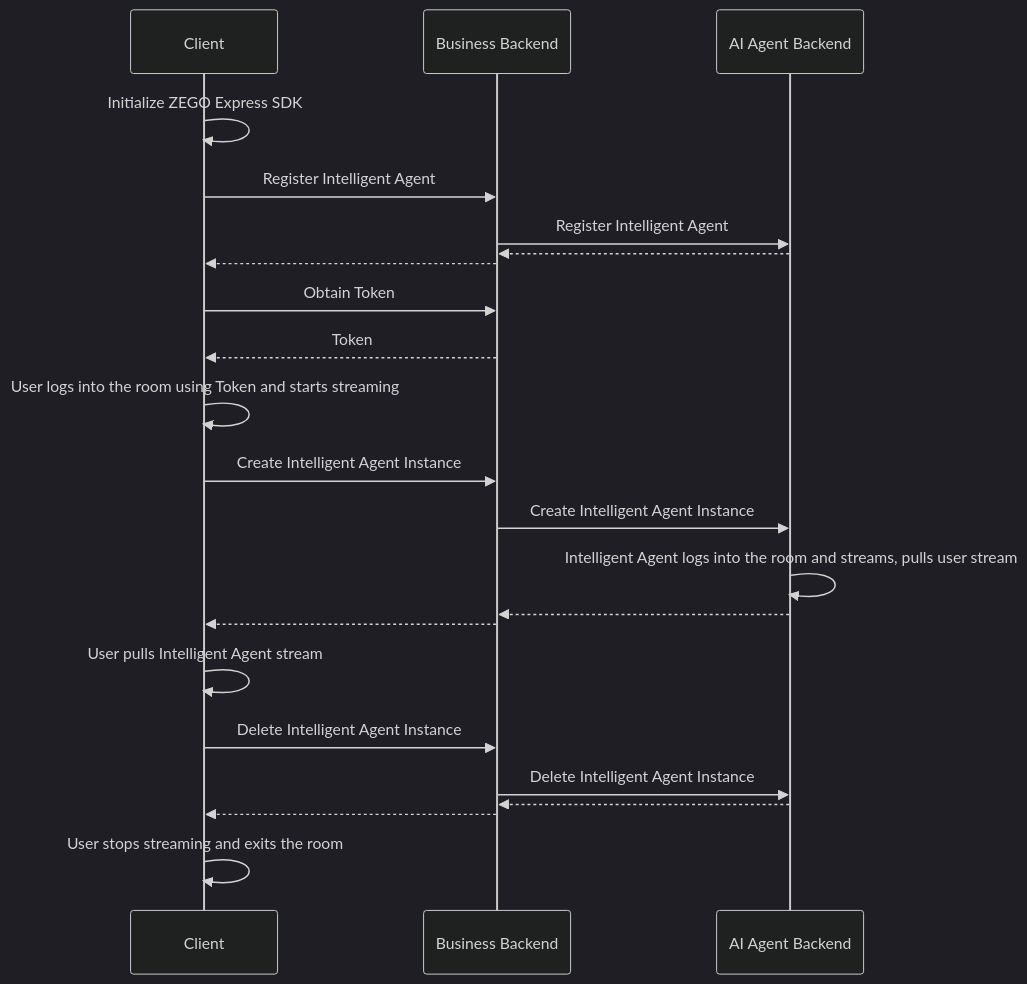
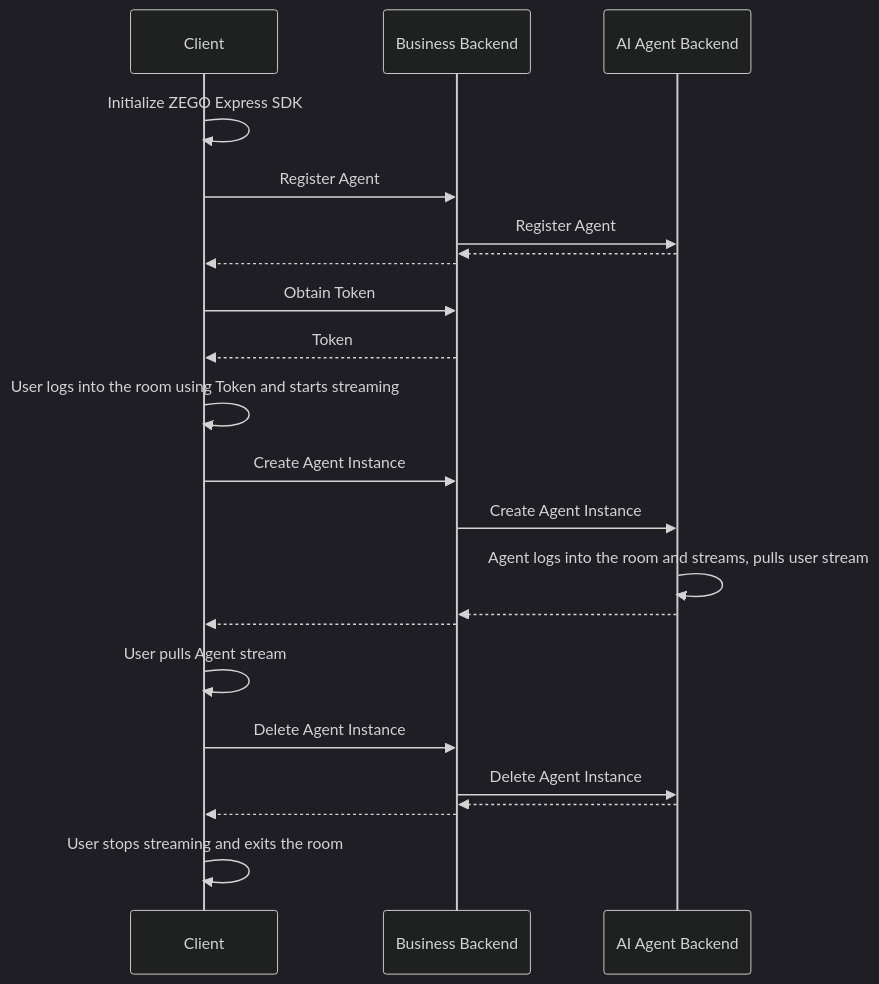
One commit to ZEGOCLOUD/docs_all changed the diagram in core_products/aiagent/en/docs_aiagent_android/Quick start.mdx. Above: the diagram before and after it, drawn with Mermaid (dark theme). The commit also changed other lines of this file and 17 other files, not shown here.

````diff
--- a/core_products/aiagent/en/docs_aiagent_android/Quick start.mdx
+++ b/core_products/aiagent/en/docs_aiagent_android/Quick start.mdx
@@ -56,34 +56,34 @@
 ```mermaid
 sequenceDiagram
     participant Client
     participant Business Backend
     participant AI Agent Backend
     
     Client->>Client: Initialize ZEGO Express SDK
     
-    Client->>Business Backend: Register Intelligent Agent
-    Business Backend->>AI Agent Backend: Register Intelligent Agent
+    Client->>Business Backend: Register Agent
+    Business Backend->>AI Agent Backend: Register Agent
     AI Agent Backend-->>Business Backend: 
     Business Backend-->>Client: 
     
     Client->>Business Backend: Obtain Token
     Business Backend-->>Client: Token
     
     Client->>Client: User logs into the room using Token and starts streaming
     
-    Client->>Business Backend: Create Intelligent Agent Instance
-    Business Backend->>AI Agent Backend: Create Intelligent Agent Instance
-    AI Agent Backend->>AI Agent Backend: Intelligent Agent logs into the room and streams, pulls user stream
+    Client->>Business Backend: Create Agent Instance
+    Business Backend->>AI Agent Backend: Create Agent Instance
+    AI Agent Backend->>AI Agent Backend: Agent logs into the room and streams, pulls user stream
     AI Agent Backend-->>Business Backend: 
     Business Backend-->>Client: 
     
     
-    Client->>Client: User pulls Intelligent Agent stream
+    Client->>Client: User pulls Agent stream
     
-    Client->>Business Backend: Delete Intelligent Agent Instance
-    Business Backend->>AI Agent Backend: Delete Intelligent Agent Instance
+    Client->>Business Backend: Delete Agent Instance
+    Business Backend->>AI Agent Backend: Delete Agent Instance
     AI Agent Backend-->>Business Backend: 
     Business Backend-->>Client: 
     
     Client->>Client: User stops streaming and exits the room
 ```
````
